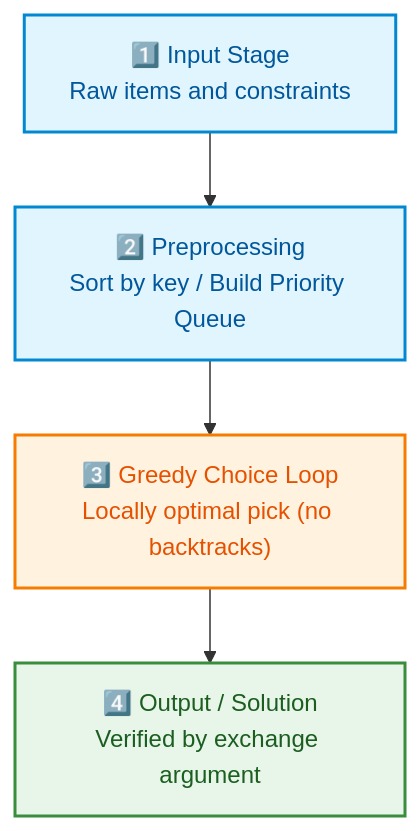
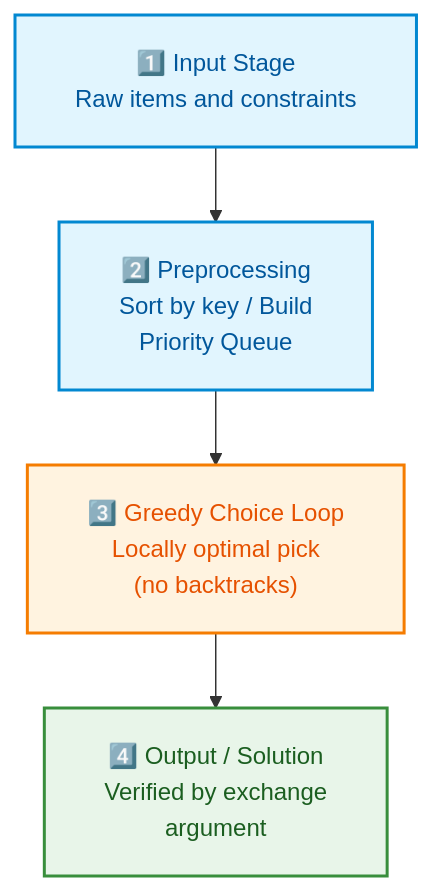
The first of 4 diagrams in week_12_greedy_and_paradigms/Week_12_Visual_Concepts_Playbook_HYBRID.md (dip4k/DSA_102), drawn with Mermaid before and after one commit. The commit also changed other lines of this file and 108 other files, not shown here.

First line of the commit message:
fix(mermaid): resolve diagram clipping, padding, and syntax issues across repo

````diff
--- a/week_12_greedy_and_paradigms/Week_12_Visual_Concepts_Playbook_HYBRID.md
+++ b/week_12_greedy_and_paradigms/Week_12_Visual_Concepts_Playbook_HYBRID.md
@@ -61,13 +61,14 @@
 ```mermaid
+%%{init: {"flowchart": {"htmlLabels": true, "padding": 20}}}%%
 flowchart TD
     classDef stage fill:#e1f5fe,stroke:#0288d1,color:#01579b,stroke-width:2px;
     classDef loop fill:#fff3e0,stroke:#f57c00,color:#e65100,stroke-width:2px;
     classDef out fill:#e8f5e9,stroke:#388e3c,color:#1b5e20,stroke-width:2px;
 
     S1["1️⃣ Input Stage<br/>Raw items and constraints"]:::stage
-    S2["2️⃣ Preprocessing<br/>Sort by key / Build Priority Queue"]:::stage
-    S3["3️⃣ Greedy Choice Loop<br/>Locally optimal pick (no backtracks)"]:::loop
-    S4["4️⃣ Output / Solution<br/>Verified by exchange argument"]:::out
+    S2["2️⃣ Preprocessing<br/>Sort by key / Build<br/>Priority Queue"]:::stage
+    S3["3️⃣ Greedy Choice Loop<br/>Locally optimal pick<br/>(no backtracks)"]:::loop
+    S4["4️⃣ Output / Solution<br/>Verified by exchange<br/>argument"]:::out
 
     S1 --> S2 --> S3 --> S4
 ```
````
